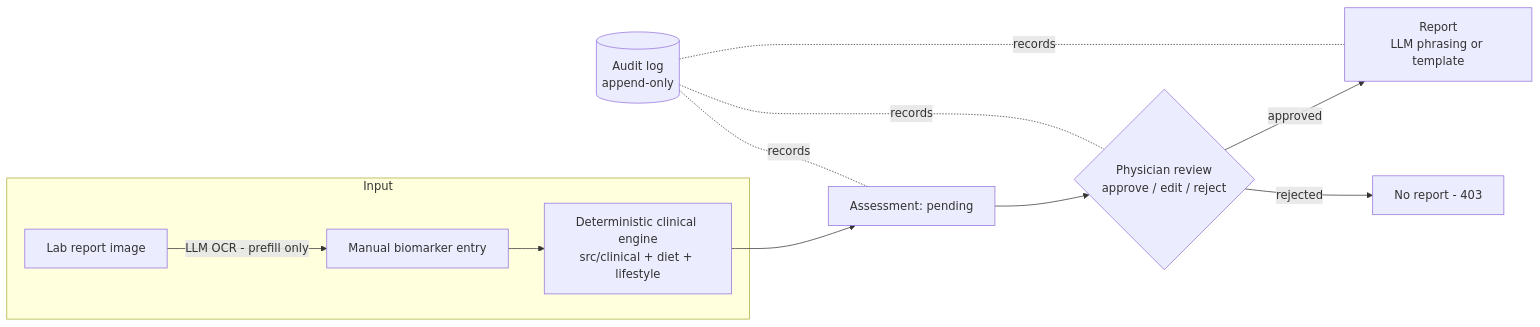
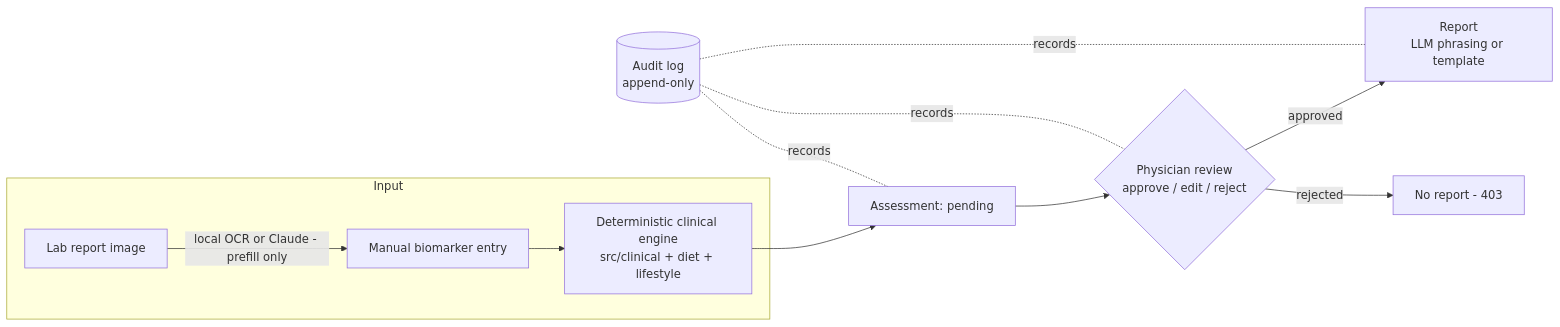
The diagram in README.md (Sdb002/physician-supervised-health-system), drawn with Mermaid before and after one commit. The commit also changed other lines of this file and 117 other files, not shown here.

First line of the commit message:
Engines 0.8-0.13, local lab-slip OCR, daily tasks, Bangla interface

````diff
--- a/README.md
+++ b/README.md
@@ -10,12 +11,12 @@
 ```mermaid
 flowchart LR
     subgraph Input
         A[Manual biomarker entry] --> C
-        B[Lab report image] -->|LLM OCR - prefill only| A
+        B[Lab report image] -->|local OCR or Claude - prefill only| A
     end
     C[Deterministic clinical engine\nsrc/clinical + diet + lifestyle] --> D[Assessment: pending]
     D --> E{Physician review\napprove / edit / reject}
     E -->|approved| F[Report\nLLM phrasing or template]
     E -->|rejected| G[No report - 403]
     H[(Audit log\nappend-only)] -.records.- D & E & F
 ```
````
